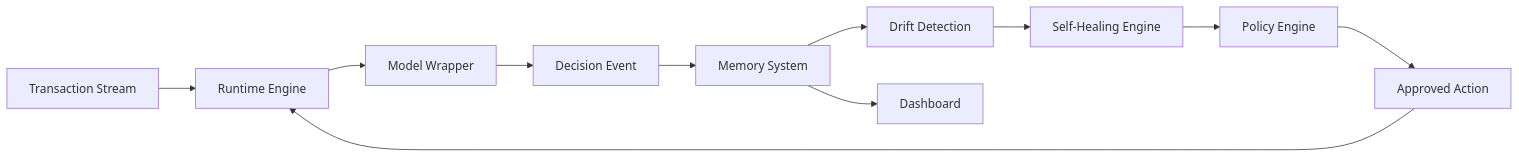
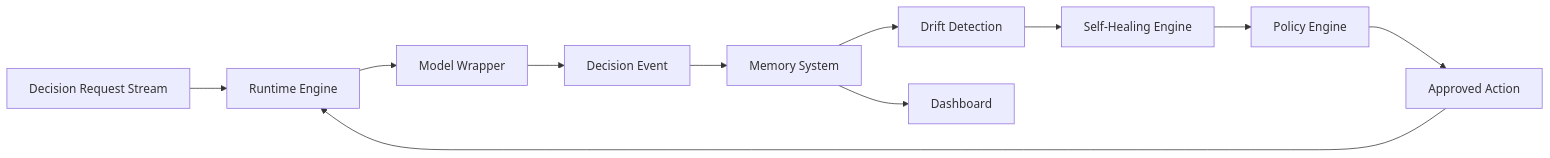
One commit to kossisoroyce/Tenta changed the diagram in docs/architecture/02-system-architecture.md. Above: the diagram before and after it, drawn with Mermaid. The commit also changed other lines of this file and 100 other files, not shown here.

Commit message:
Prepare Tenta decision runtime launch

````diff
--- a/docs/architecture/02-system-architecture.md
+++ b/docs/architecture/02-system-architecture.md
@@ -7,13 +9,13 @@
 ```mermaid
 flowchart LR
-    A[Transaction Stream] --> B[Runtime Engine]
+    A[Decision Request Stream] --> B[Runtime Engine]
     B --> C[Model Wrapper]
     C --> D[Decision Event]
     D --> E[Memory System]
     E --> F[Drift Detection]
     F --> G[Self-Healing Engine]
     G --> H[Policy Engine]
     H --> I[Approved Action]
     I --> B
     E --> J[Dashboard]
 ```
````
